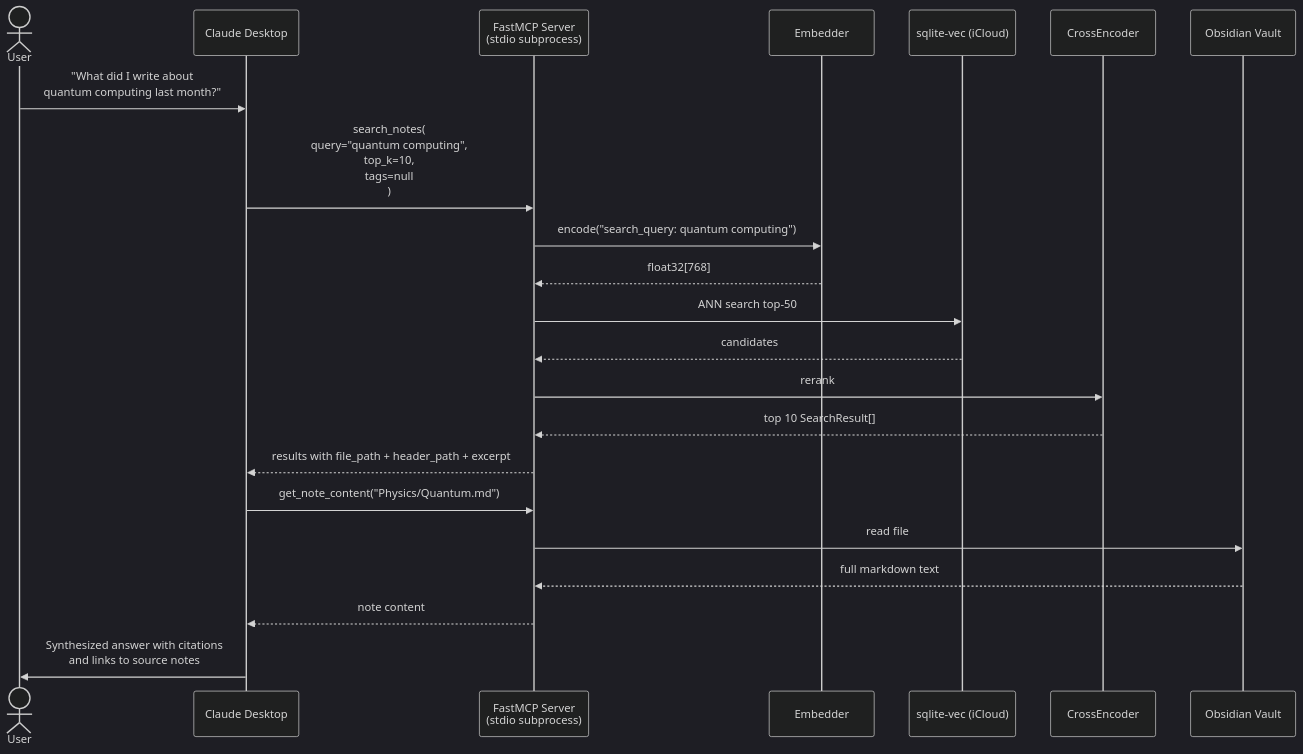
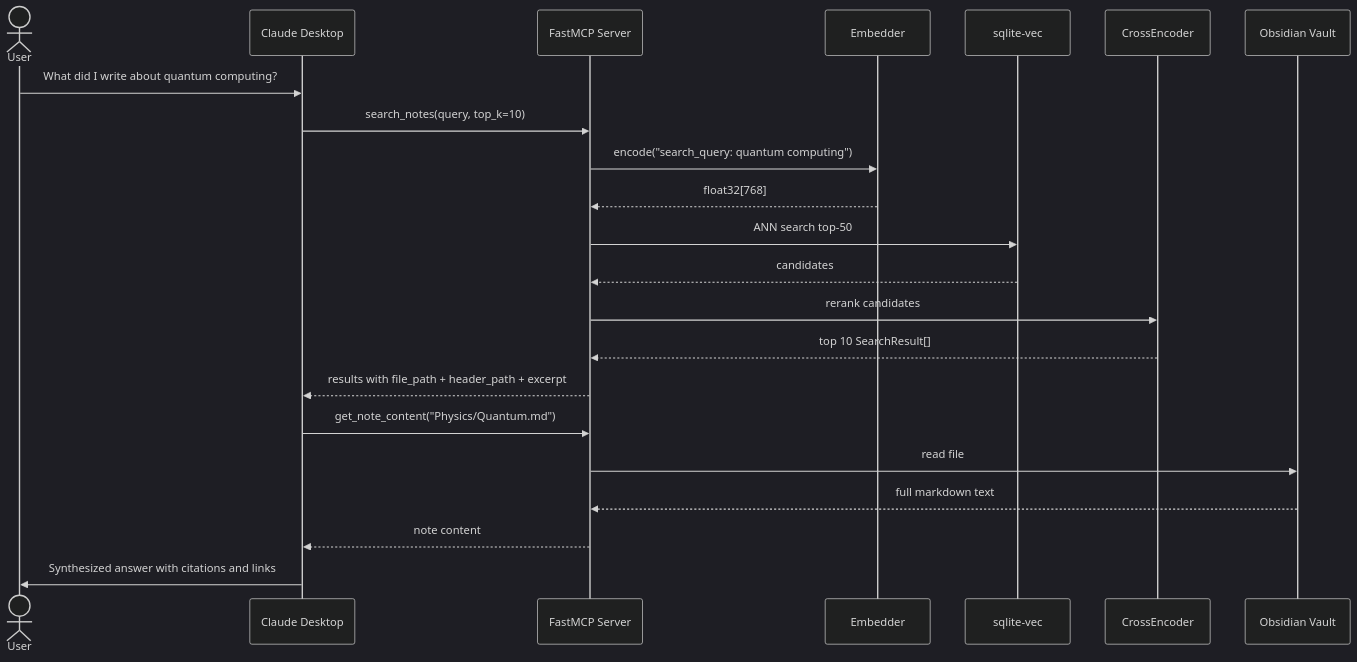
One commit to unnitin/obsidian-mcp changed the fourth of 7 diagrams in docs/userflows.md. Above: the diagram before and after it, drawn with Mermaid (dark theme). The commit also changed other lines of this file and 8 other files, not shown here.

````diff
--- a/docs/userflows.md
+++ b/docs/userflows.md
@@ -135,28 +136,28 @@
 ```mermaid
 sequenceDiagram
     actor User
     participant Claude as Claude Desktop
-    participant MCP as FastMCP Server<br/>(stdio subprocess)
+    participant MCP as FastMCP Server
     participant Embed as Embedder
-    participant DB as sqlite-vec (iCloud)
+    participant DB as sqlite-vec
     participant Rerank as CrossEncoder
     participant Vault as Obsidian Vault
 
-    User->>Claude: "What did I write about<br/>quantum computing last month?"
+    User->>Claude: What did I write about quantum computing?
 
-    Claude->>MCP: search_notes(<br/>  query="quantum computing",<br/>  top_k=10,<br/>  tags=null<br/>)
+    Claude->>MCP: search_notes(query, top_k=10)
     MCP->>Embed: encode("search_query: quantum computing")
     Embed-->>MCP: float32[768]
     MCP->>DB: ANN search top-50
     DB-->>MCP: candidates
-    MCP->>Rerank: rerank
+    MCP->>Rerank: rerank candidates
     Rerank-->>MCP: top 10 SearchResult[]
     MCP-->>Claude: results with file_path + header_path + excerpt
 
     Claude->>MCP: get_note_content("Physics/Quantum.md")
     MCP->>Vault: read file
     Vault-->>MCP: full markdown text
     MCP-->>Claude: note content
 
-    Claude->>User: Synthesized answer with citations<br/>and links to source notes
+    Claude->>User: Synthesized answer with citations and links
 ```
````
